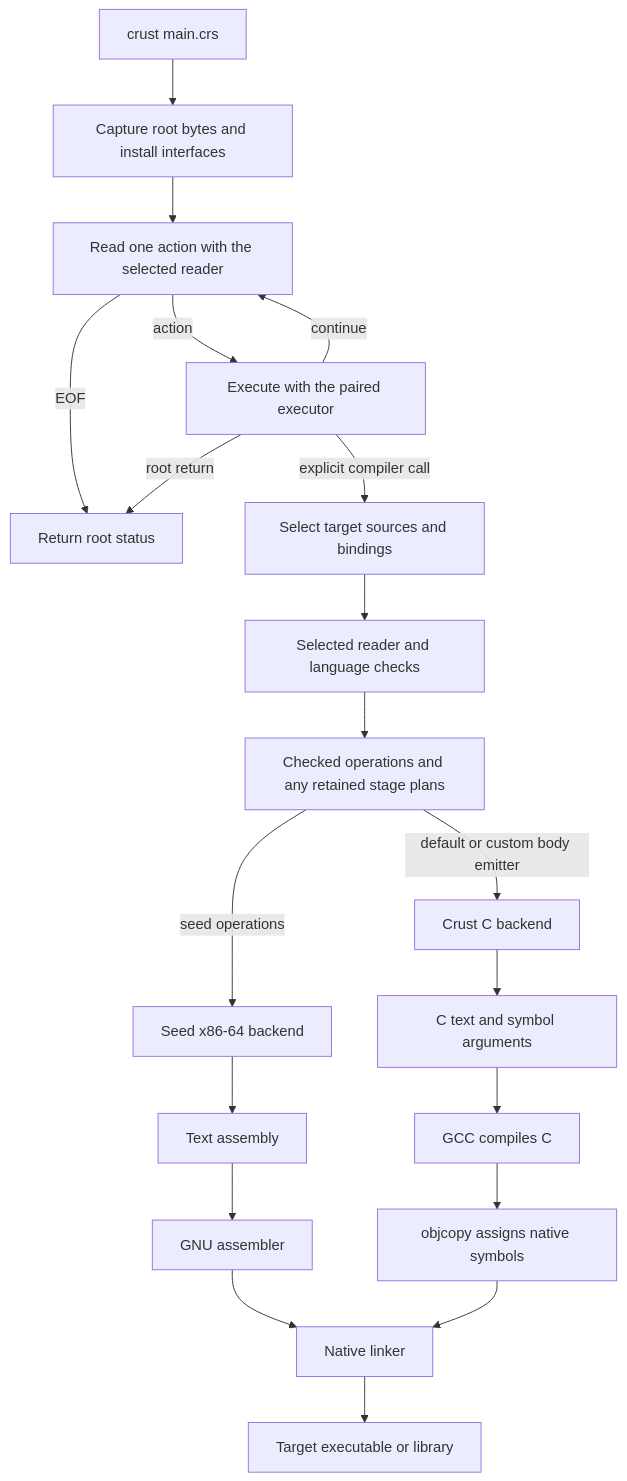
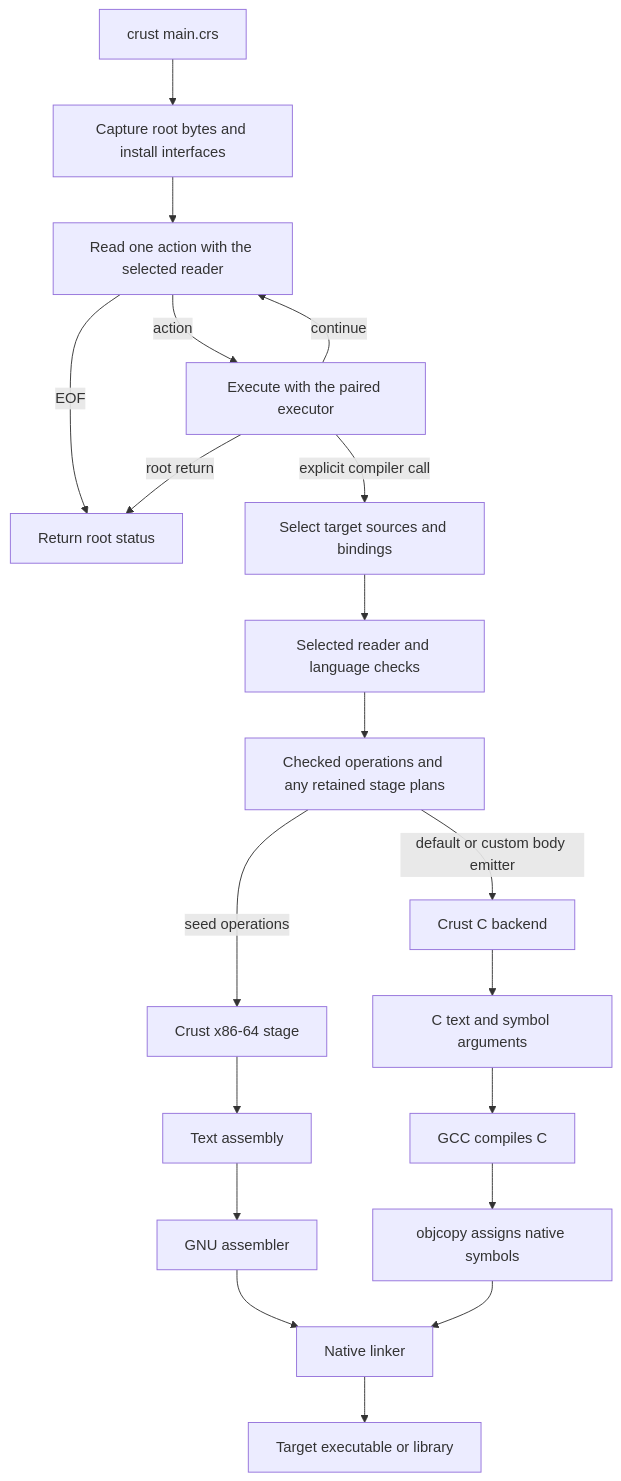
The diagram in docs/design.md (Hardcode84/9), drawn with Mermaid before and after one commit. The commit also changed other lines of this file and 36 other files, not shown here.

Commit message:
Move assembly emission into an external Crust stage

````diff
--- a/docs/design.md
+++ b/docs/design.md
@@ -77,23 +77,23 @@
 ```mermaid
 flowchart TD
     Start[crust main.crs] --> Capture[Capture root bytes and install interfaces]
     Capture --> Read[Read one action with the selected reader]
     Read -->|action| Execute[Execute with the paired executor]
     Execute -->|continue| Read
     Read -->|EOF| Stop[Return root status]
     Execute -->|root return| Stop
 
     Execute -->|explicit compiler call| Input[Select target sources and bindings]
     Input --> Frontend[Selected reader and language checks]
     Frontend --> Checked[Checked operations and any retained stage plans]
-    Checked -->|seed operations| ASM[Seed x86-64 backend]
+    Checked -->|seed operations| ASM[Crust x86-64 stage]
     Checked -->|default or custom body emitter| C[Crust C backend]
     ASM --> Assembly[Text assembly]
     Assembly --> Assembler[GNU assembler]
     C --> CText[C text and symbol arguments]
     CText --> GCC[GCC compiles C]
     GCC --> Rename[objcopy assigns native symbols]
     Assembler --> Link[Native linker]
     Rename --> Link
     Link --> Output[Target executable or library]
 ```
````
